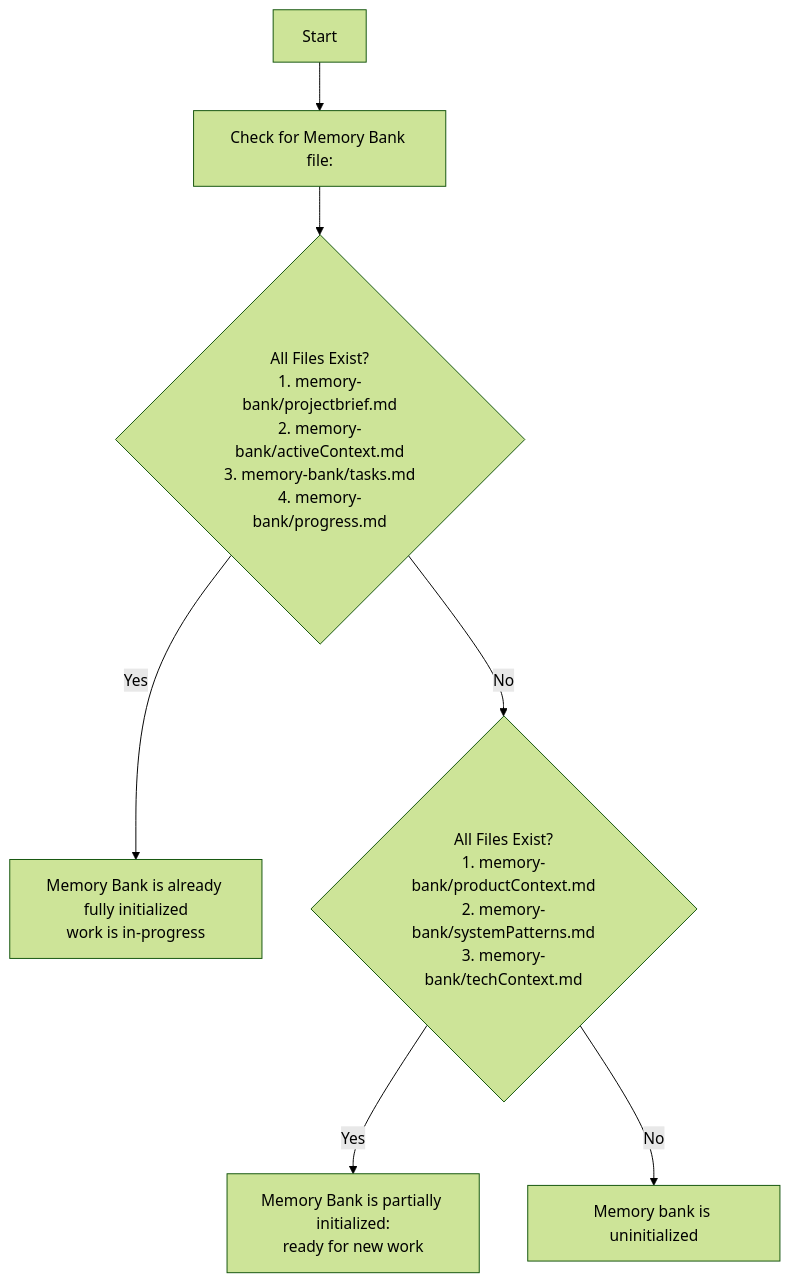
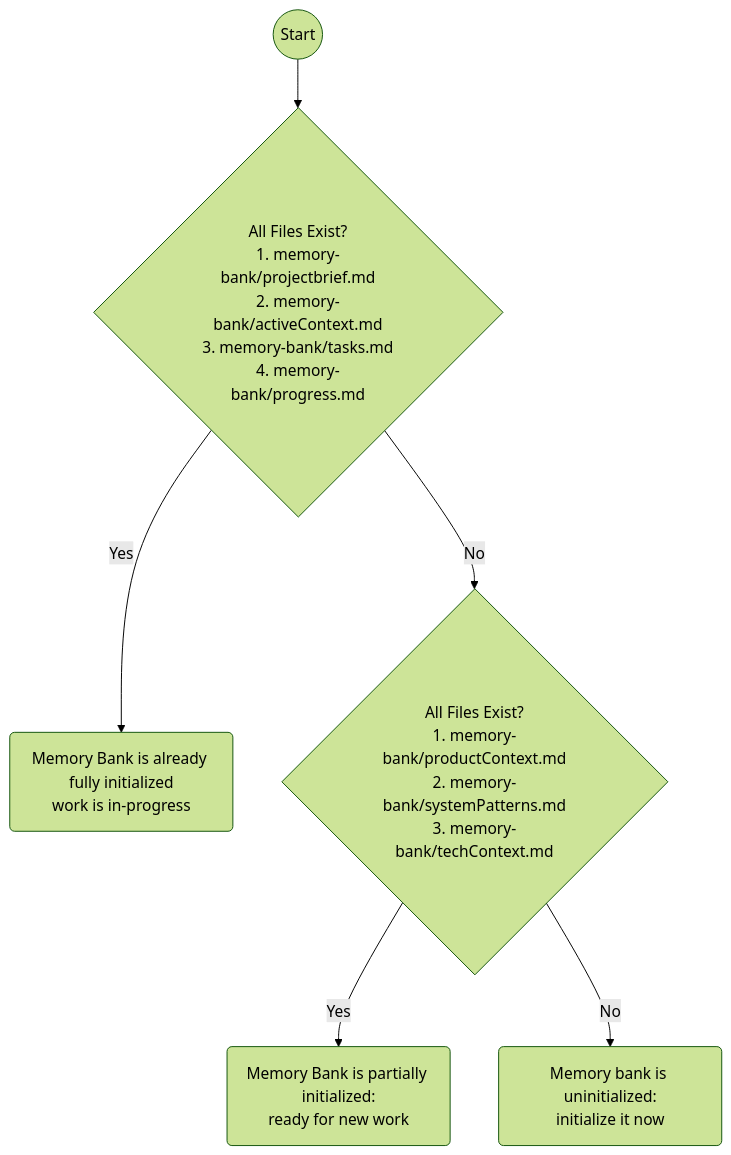
One commit to Texarkanine/.cursor-rules changed the diagram in rulesets/niko2/niko/core/memory-bank-init.mdc. Above: the diagram before and after it, drawn with Mermaid (forest theme). The commit also changed other lines of this file and 3 other files, not shown here.

````diff
--- a/rulesets/niko2/niko/core/memory-bank-init.mdc
+++ b/rulesets/niko2/niko/core/memory-bank-init.mdc
@@ -5,9 +7,8 @@
 ```mermaid
 graph TD
-    A[Start] --> B[Check for Memory Bank file:]
-    B --> C{All Files Exist?<br>1. memory-bank/projectbrief.md<br>2. memory-bank/activeContext.md<br>3. memory-bank/tasks.md<br>4. memory-bank/progress.md}
-    C --"Yes"--> D["Memory Bank is already fully initialized<br>work is in-progress"]
-    C --"No"--> E{All Files Exist?<br>1. memory-bank/productContext.md<br>2. memory-bank/systemPatterns.md<br>3. memory-bank/techContext.md}
-    E --"Yes"--> F["Memory Bank is partially initialized:<br>ready for new work"]
-    E --"No"--> G["Memory bank is uninitialized"]
+    A((Start)) --> B{All Files Exist?<br>1. memory-bank/projectbrief.md<br>2. memory-bank/activeContext.md<br>3. memory-bank/tasks.md<br>4. memory-bank/progress.md}
+    B --"Yes"--> C("Memory Bank is already fully initialized<br>work is in-progress")
+    B --"No"--> D{All Files Exist?<br>1. memory-bank/productContext.md<br>2. memory-bank/systemPatterns.md<br>3. memory-bank/techContext.md}
+    D --"Yes"--> E("Memory Bank is partially initialized:<br>ready for new work")
+    D --"No"--> F("Memory bank is uninitialized:<br>initialize it now")
 ```
````
